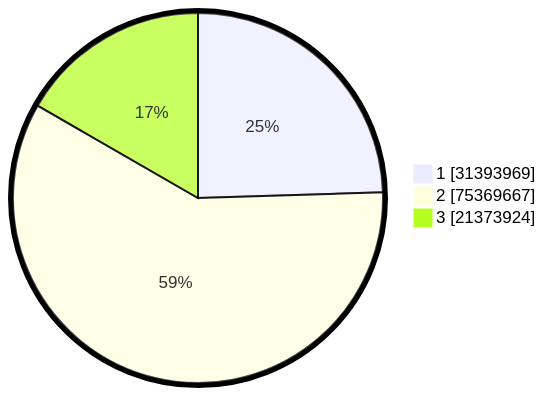
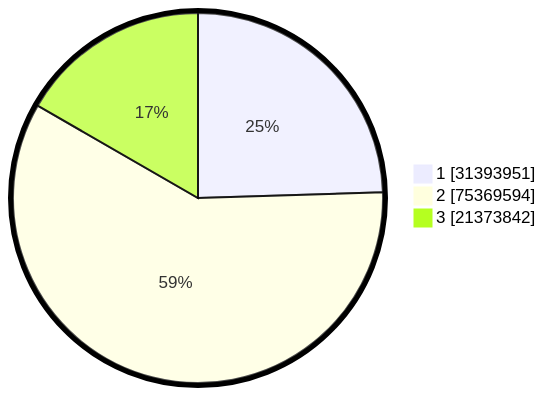
One commit to gigit-pemilu/pemilu-2024 changed the second of 2 diagrams in pilpres/hitung-suara/README.md. Above: the diagram before and after it, drawn with Mermaid. The commit also changed other lines of this file and 8 other files, not shown here.

````diff
--- a/pilpres/hitung-suara/README.md
+++ b/pilpres/hitung-suara/README.md
@@ -93,7 +93,7 @@
 ```mermaid
 %%{init: {"pie": {"textPosition": 0.5}, "themeVariables": {"pieOuterStrokeWidth": "5px"}} }%%
 pie showData
-    "1" : 31393969
-    "2" : 75369667
-    "3" : 21373924
+    "1" : 31393951
+    "2" : 75369594
+    "3" : 21373842
 ```
````
